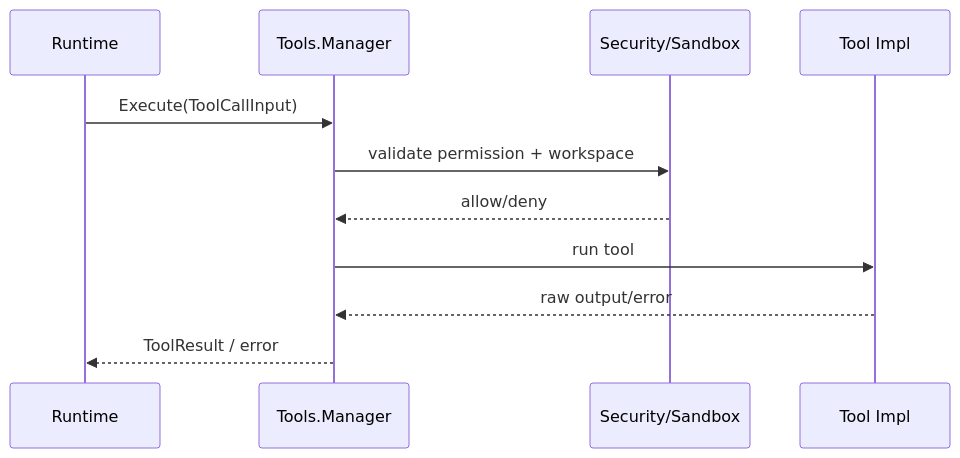
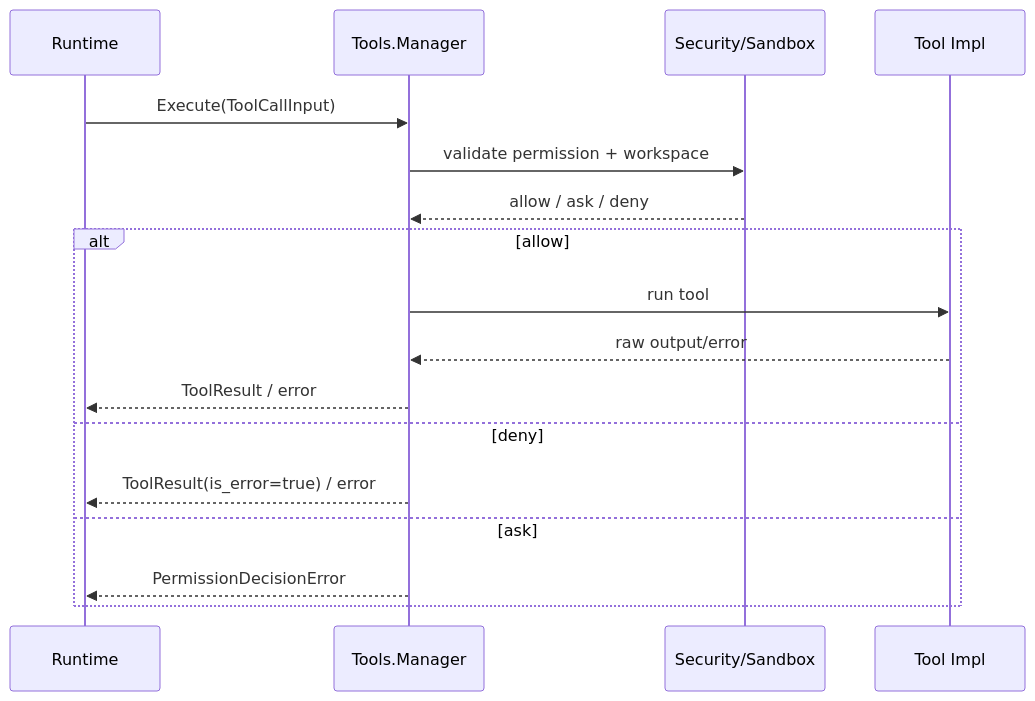
One commit to pionxe/neo-code changed the first of 3 diagrams in docs/architecture/tools/README.md. Above: the diagram before and after it, drawn with Mermaid. The commit also changed other lines of this file and 4 other files, not shown here.

Commit message:
docs(architecture): 补齐 tools 与 security 分层设计

````diff
--- a/docs/architecture/tools/README.md
+++ b/docs/architecture/tools/README.md
@@ -45,14 +49,20 @@
 ```mermaid
 sequenceDiagram
     participant RT as Runtime
     participant TL as Tools.Manager
     participant SEC as Security/Sandbox
     participant IMPL as Tool Impl
 
     RT->>TL: Execute(ToolCallInput)
     TL->>SEC: validate permission + workspace
-    SEC-->>TL: allow/deny
-    TL->>IMPL: run tool
-    IMPL-->>TL: raw output/error
-    TL-->>RT: ToolResult / error
+    SEC-->>TL: allow / ask / deny
+    alt allow
+        TL->>IMPL: run tool
+        IMPL-->>TL: raw output/error
+        TL-->>RT: ToolResult / error
+    else deny
+        TL-->>RT: ToolResult(is_error=true) / error
+    else ask
+        TL-->>RT: PermissionDecisionError
+    end
 ```
````
